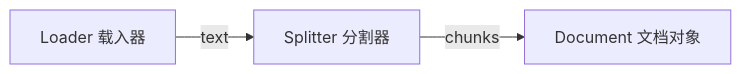
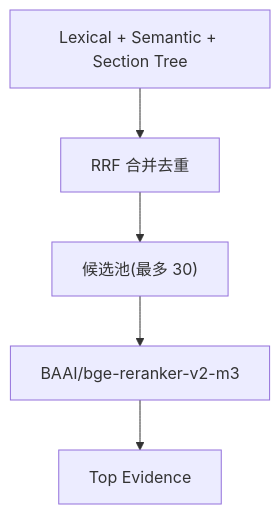
Before and after one commit to ecwu/ecwu.github.io.source: the diagram in content/post/agentic-academic-literature-understanding-2-cn.md, drawn with Mermaid. The commit also changed other lines of this file and 3 other files, not shown here.

```diff
--- a/content/post/agentic-academic-literature-understanding-2-cn.md
+++ b/content/post/agentic-academic-literature-understanding-2-cn.md
@@ -72,7 +234,7 @@
-{{< mermaid >}}
-flowchart LR;
-    A[Loader 载入器]
-    B[Splitter 分割器]
-    C[Document 文档对象]
-A -->|text| B -->|chunks| C
+{{<mermaid>}}
+flowchart TD;
+  A[Lexical + Semantic + Section Tree] --> B[RRF 合并去重]
+  B --> C["候选池(最多 30)"]
+  C --> D[BAAI/bge-reranker-v2-m3]
+  D --> E[Top Evidence]
 {{</mermaid>}}
```
